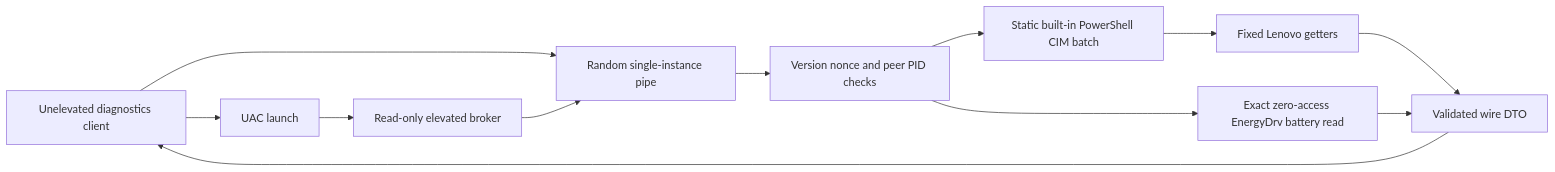
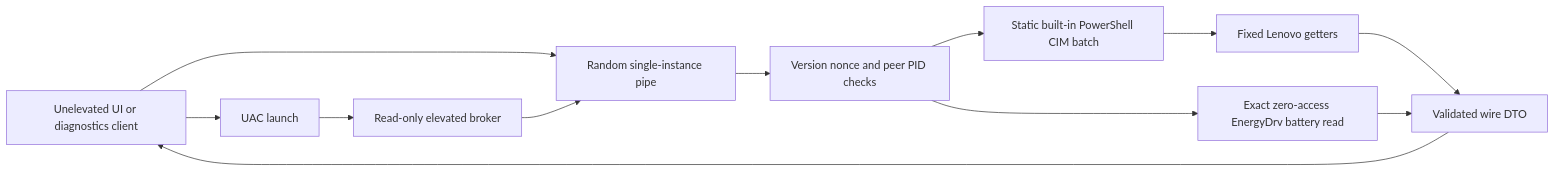
Before and after one commit to Anandb71/Legion-LOQ-control: the third of 4 diagrams in docs/ARCHITECTURE.md, drawn with Mermaid. The commit also changed other lines of this file and 4 other files, not shown here.

First line of the commit message:
docs: define the profile preview roadmap

````diff
--- a/docs/ARCHITECTURE.md
+++ b/docs/ARCHITECTURE.md
@@ -82,14 +83,14 @@
 ```mermaid
 flowchart LR
-    Client[Unelevated diagnostics client] --> Pipe[Random single-instance pipe]
+    Client[Unelevated UI or diagnostics client] --> Pipe[Random single-instance pipe]
     Client --> Uac[UAC launch]
     Uac --> Broker[Read-only elevated broker]
     Broker --> Pipe
     Pipe --> Validate[Version nonce and peer PID checks]
     Validate --> CimBatch[Static built-in PowerShell CIM batch]
     Validate --> EnergyRead[Exact zero-access EnergyDrv battery read]
     CimBatch --> Getters[Fixed Lenovo getters]
     Getters --> Wire[Validated wire DTO]
     EnergyRead --> Wire
     Wire --> Client
 ```
````
